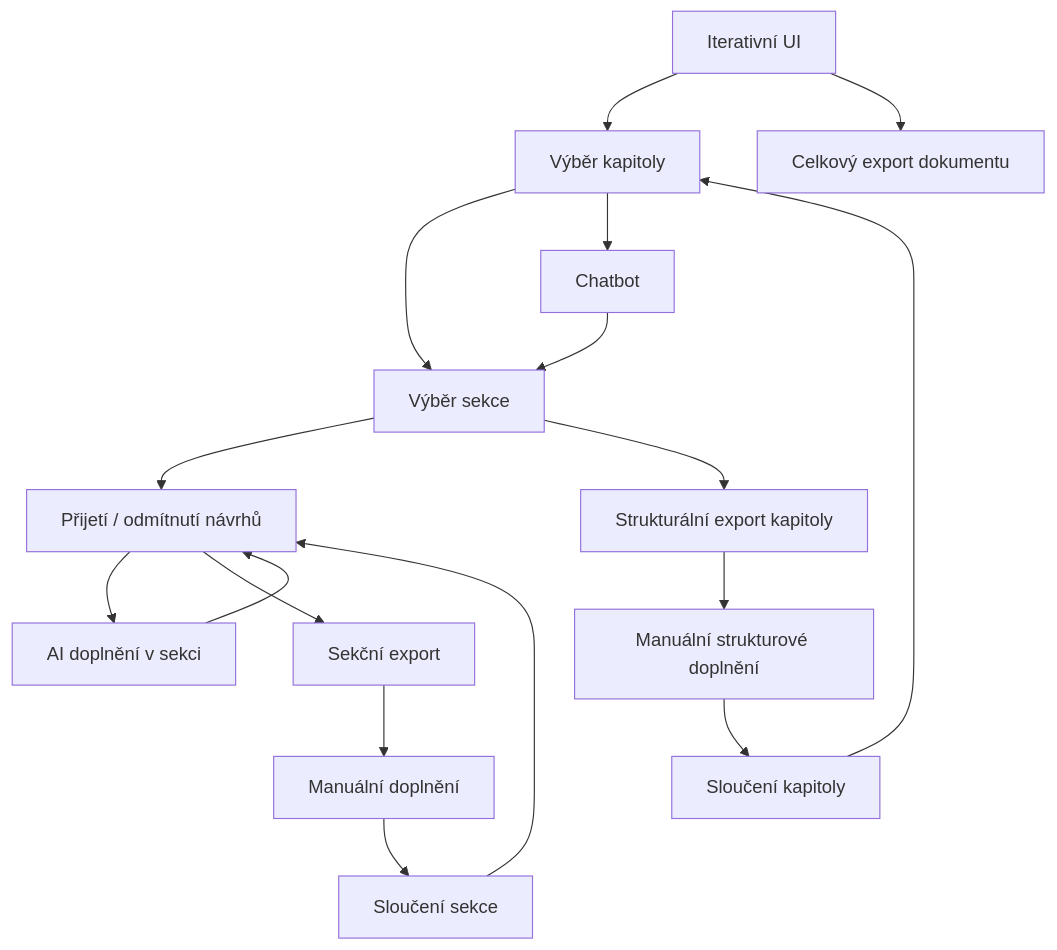
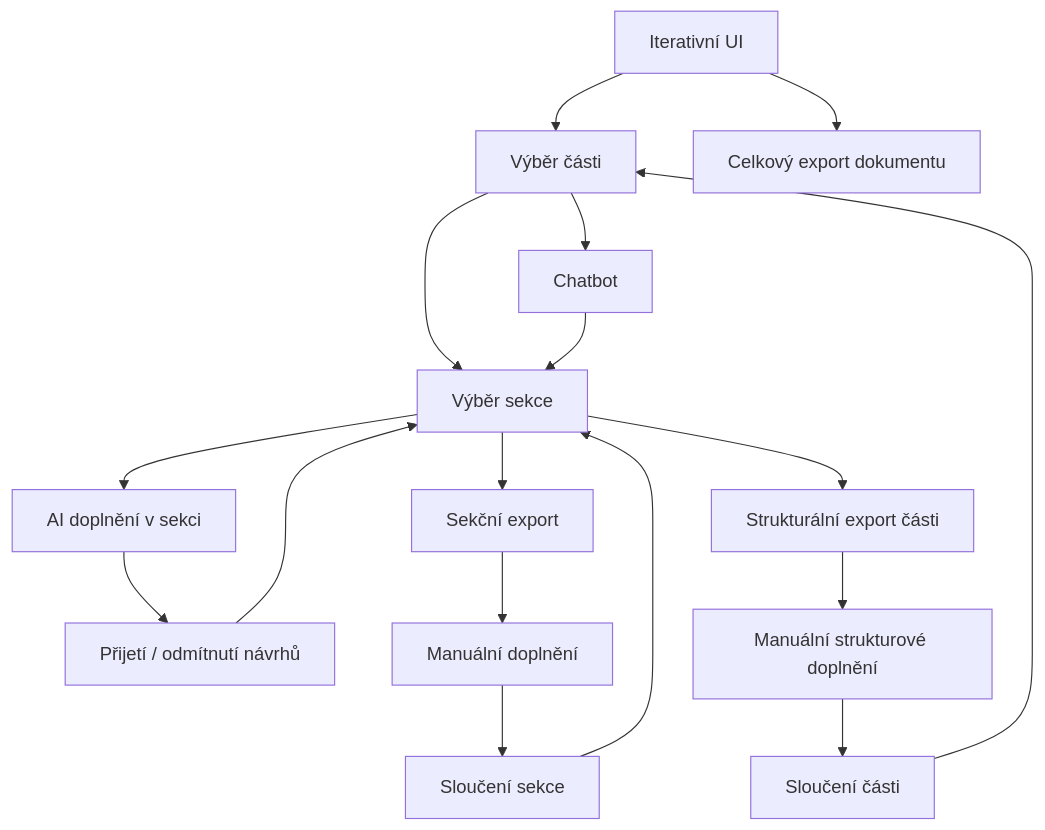
Before and after one commit to Me8mer/Asistent-tvorby-IK-OVS: the second of 2 diagrams in docs/workflow.md, drawn with Mermaid. The commit also changed other lines of this file and 6 other files, not shown here.

````diff
--- a/docs/workflow.md
+++ b/docs/workflow.md
@@ -24,34 +24,41 @@
 ```mermaid
 flowchart TD
   ui[Iterativní UI]
-  chapter[Výběr kapitoly]
+  chapter[Výběr části]
   section[Výběr sekce]
   chatbotChapter[Chatbot]
   aiSection[AI doplnění v sekci]
   confirm[Přijetí / odmítnutí návrhů]
   sectionExport[Sekční export]
   manualFill[Manuální doplnění]
   manualStructureFill[Manuální strukturové doplnění]
   sectionMerge[Sloučení sekce]
-  chapterExport[Strukturální export kapitoly]
-  chapterMerge[Sloučení kapitoly]
+  chapterExport[Strukturální export části]
+  chapterMerge[Sloučení části]
   finalExport[Celkový export dokumentu]
 
   ui --> chapter
   chapter --> section
   chapter --> chatbotChapter
   chatbotChapter --> section
-  section --> confirm
-  confirm --> aiSection
+  
+  %% práce v sekci
+  section --> aiSection
   aiSection --> confirm
-  confirm --> sectionExport
+  confirm --> section
+
+  section --> sectionExport
   sectionExport --> manualFill
   manualFill --> sectionMerge
-  sectionMerge --> confirm
+  sectionMerge --> section
+
   section --> chapterExport
   chapterExport --> manualStructureFill
   manualStructureFill --> chapterMerge
   chapterMerge --> chapter
+
   ui --> finalExport
 
+
+
 ```
````
